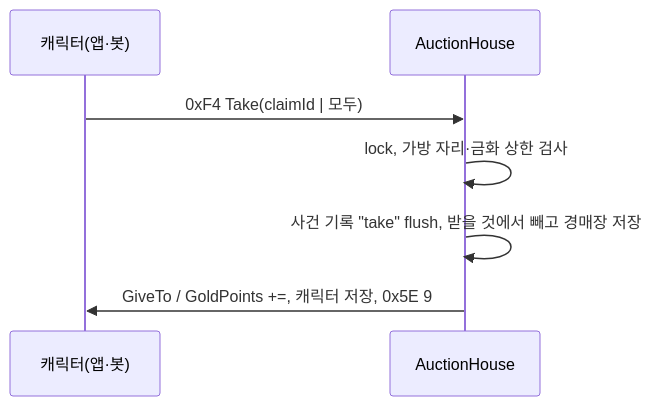
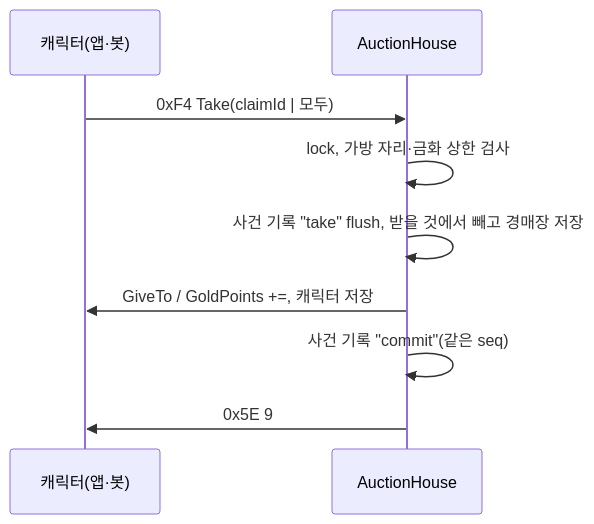
The fifth of 6 diagrams in autopilot/loot-auction/04-architecture.md (sangchane/LegendOfDarkness), drawn with Mermaid before and after one commit. The commit also changed other lines of this file and 8 other files, not shown here.

````diff
--- a/autopilot/loot-auction/04-architecture.md
+++ b/autopilot/loot-auction/04-architecture.md
@@ -93,9 +94,11 @@
 ```mermaid
 sequenceDiagram
   participant C as 캐릭터(앱·봇)
   participant A as AuctionHouse
   C->>A: 0xF4 Take(claimId | 모두)
   A->>A: lock, 가방 자리·금화 상한 검사
   A->>A: 사건 기록 "take" flush, 받을 것에서 빼고 경매장 저장
-  A->>C: GiveTo / GoldPoints +=, 캐릭터 저장, 0x5E 9
+  A->>C: GiveTo / GoldPoints +=, 캐릭터 저장
+  A->>A: 사건 기록 "commit"(같은 seq)
+  A->>C: 0x5E 9
 ```
````
